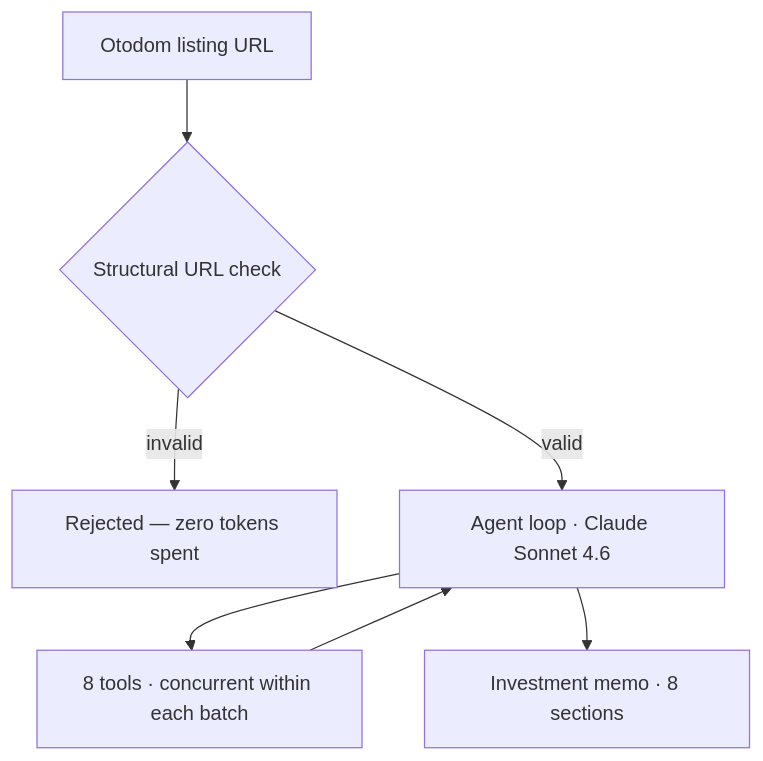
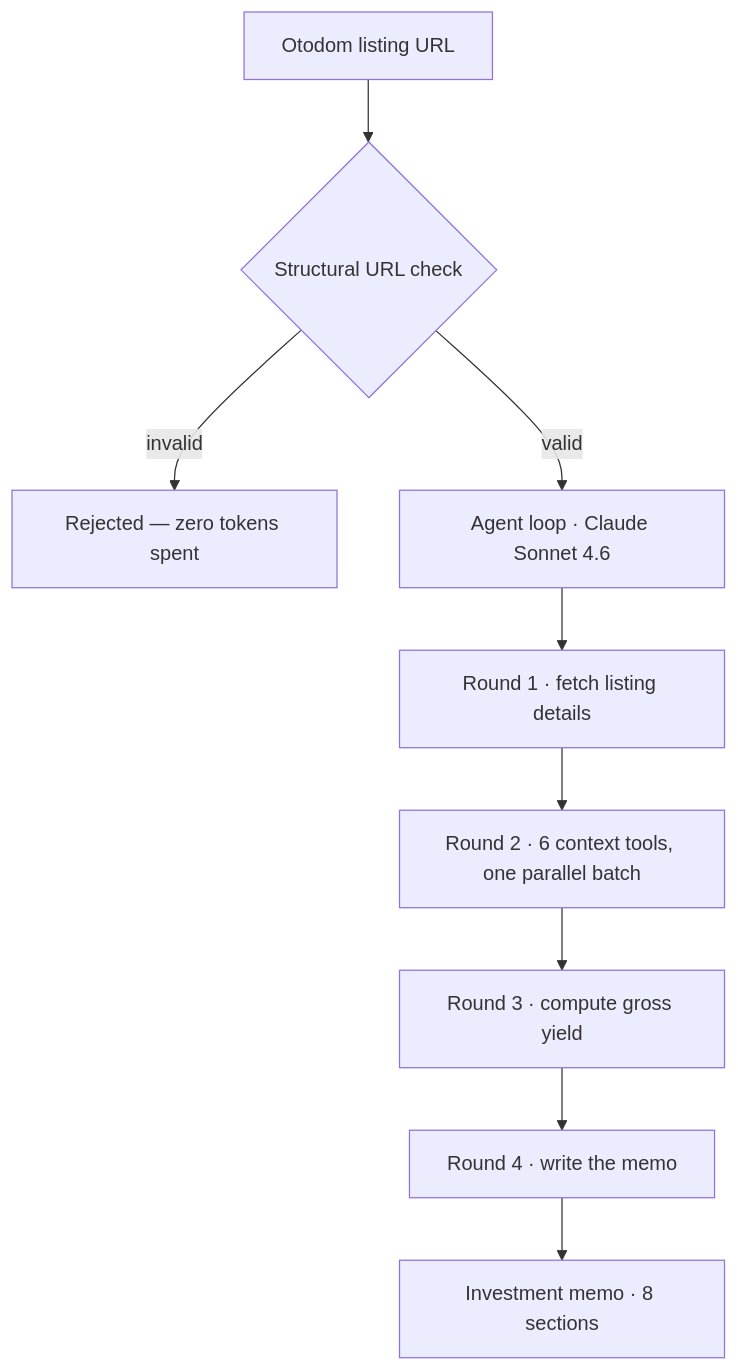
The diagram in README.md (khalidAlfozan/realestate-agent), drawn with Mermaid before and after one commit. The commit also changed other lines of this file and 2 other files, not shown here.

First line of the commit message:
docs: add a sample memo and app screenshot, reorder the README (#54)

````diff
--- a/README.md
+++ b/README.md
@@ -24,9 +26,11 @@
 ```mermaid
 flowchart TD
     A[Otodom listing URL] --> B{Structural URL check}
     B -- invalid --> C[Rejected — zero tokens spent]
     B -- valid --> D[Agent loop · Claude Sonnet 4.6]
-    D --> E[8 tools · concurrent within each batch]
-    E --> D
-    D --> F[Investment memo · 8 sections]
+    D --> E[Round 1 · fetch listing details]
+    E --> F[Round 2 · 6 context tools, one parallel batch]
+    F --> G[Round 3 · compute gross yield]
+    G --> H[Round 4 · write the memo]
+    H --> I[Investment memo · 8 sections]
 ```
````
